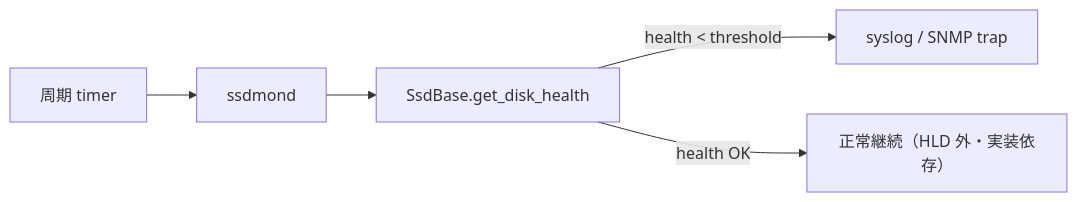
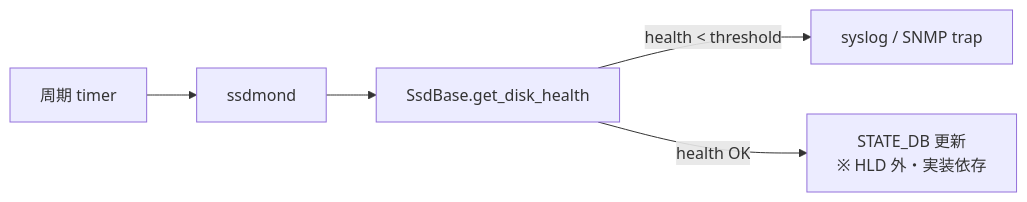
The diagram in docs/architecture/ssdhealth-design-internals.md (aoki-taquan/sonic-unofficial-docs), drawn with Mermaid before and after one commit. The commit also changed other lines of this file and 12 other files, not shown here.

````diff
--- a/docs/architecture/ssdhealth-design-internals.md
+++ b/docs/architecture/ssdhealth-design-internals.md
@@ -81,7 +81,7 @@
 ```mermaid
 flowchart LR
     TIMER[周期 timer] --> SSDMOND[ssdmond]
     SSDMOND --> SB[SsdBase.get_disk_health]
     SB -->|health < threshold| ALERT[syslog / SNMP trap]
-    SB -->|health OK| OK[正常継続（HLD 外・実装依存）]
+    SB -->|health OK| OK[STATE_DB 更新<br/>※ HLD 外・実装依存]
 ```
````
